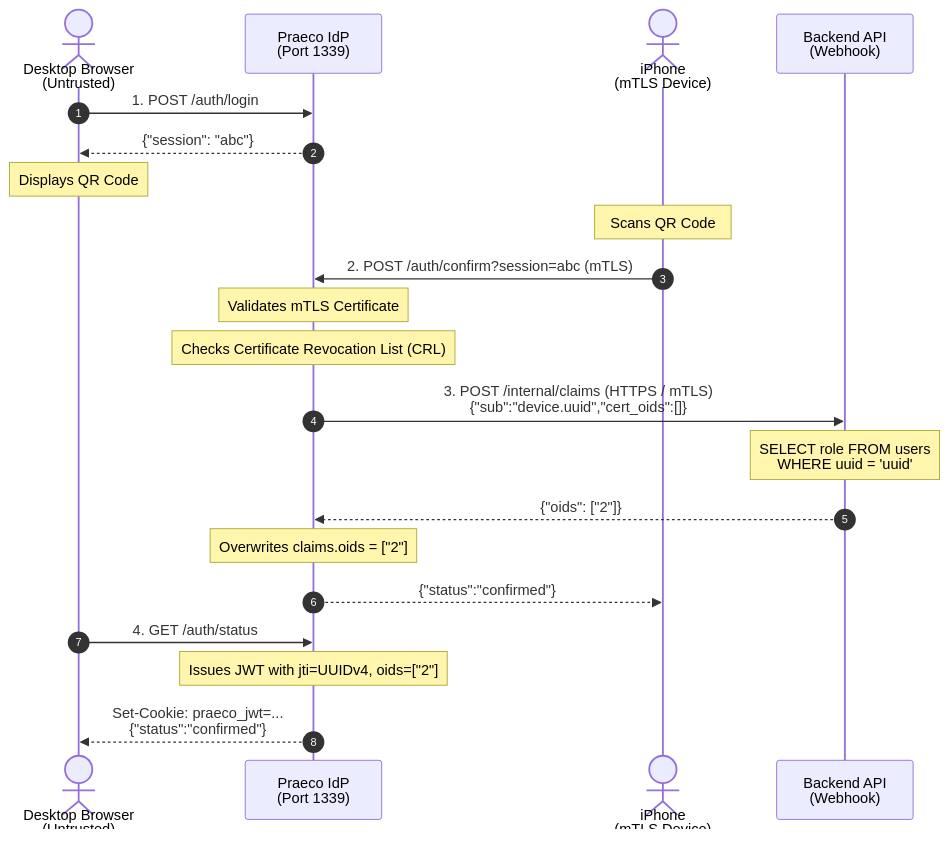
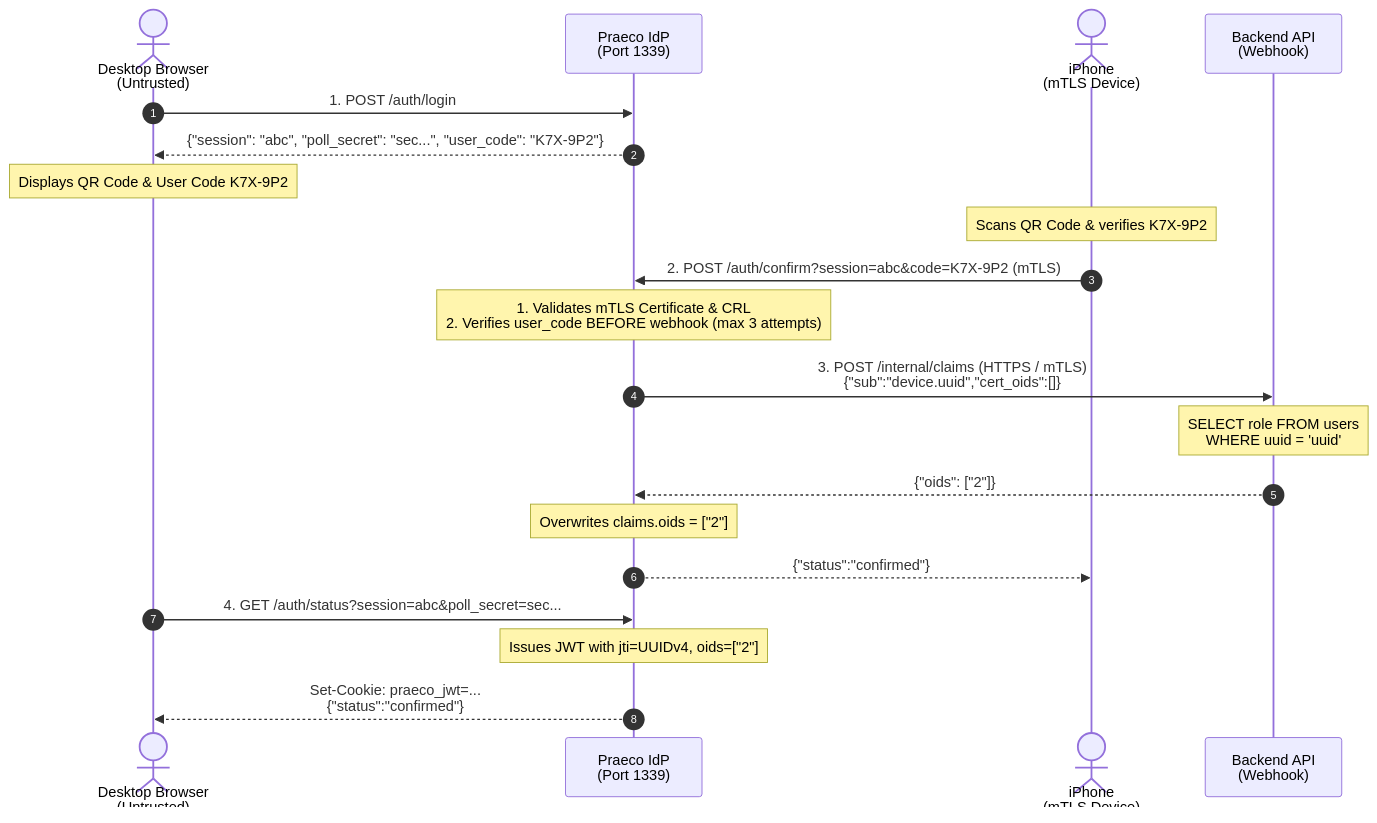
One commit to AlfredWeirich/praeco-rs changed the third of 3 diagrams in idp.md. Above: the diagram before and after it, drawn with Mermaid. The commit also changed other lines of this file and 27 other files, not shown here.

````diff
--- a/idp.md
+++ b/idp.md
@@ -179,28 +183,27 @@
 ```mermaid
 sequenceDiagram
     autonumber
     actor Browser as Desktop Browser<br/>(Untrusted)
     participant IdP as Praeco IdP<br/>(Port 1339)
     actor Mobile as iPhone<br/>(mTLS Device)
     participant Backend as Backend API<br/>(Webhook)
 
     Browser->>IdP: 1. POST /auth/login
-    IdP-->>Browser: {"session": "abc"}
-    Note over Browser: Displays QR Code
+    IdP-->>Browser: {"session": "abc", "poll_secret": "sec...", "user_code": "K7X-9P2"}
+    Note over Browser: Displays QR Code & User Code K7X-9P2
 
-    Note over Mobile: Scans QR Code
-    Mobile->>IdP: 2. POST /auth/confirm?session=abc (mTLS)
-    Note over IdP: Validates mTLS Certificate
-    Note over IdP: Checks Certificate Revocation List (CRL)
+    Note over Mobile: Scans QR Code & verifies K7X-9P2
+    Mobile->>IdP: 2. POST /auth/confirm?session=abc&code=K7X-9P2 (mTLS)
+    Note over IdP: 1. Validates mTLS Certificate & CRL<br/>2. Verifies user_code BEFORE webhook (max 3 attempts)
 
     IdP->>Backend: 3. POST /internal/claims (HTTPS / mTLS)<br/>{"sub":"device.uuid","cert_oids":[]}
     Note over Backend: SELECT role FROM users<br/>WHERE uuid = 'uuid'
     Backend-->>IdP: {"oids": ["2"]}
 
     Note over IdP: Overwrites claims.oids = ["2"]
     IdP-->>Mobile: {"status":"confirmed"}
 
-    Browser->>IdP: 4. GET /auth/status
+    Browser->>IdP: 4. GET /auth/status?session=abc&poll_secret=sec...
     Note over IdP: Issues JWT with jti=UUIDv4, oids=["2"]
     IdP-->>Browser: Set-Cookie: praeco_jwt=...<br/>{"status":"confirmed"}
 ```
````
